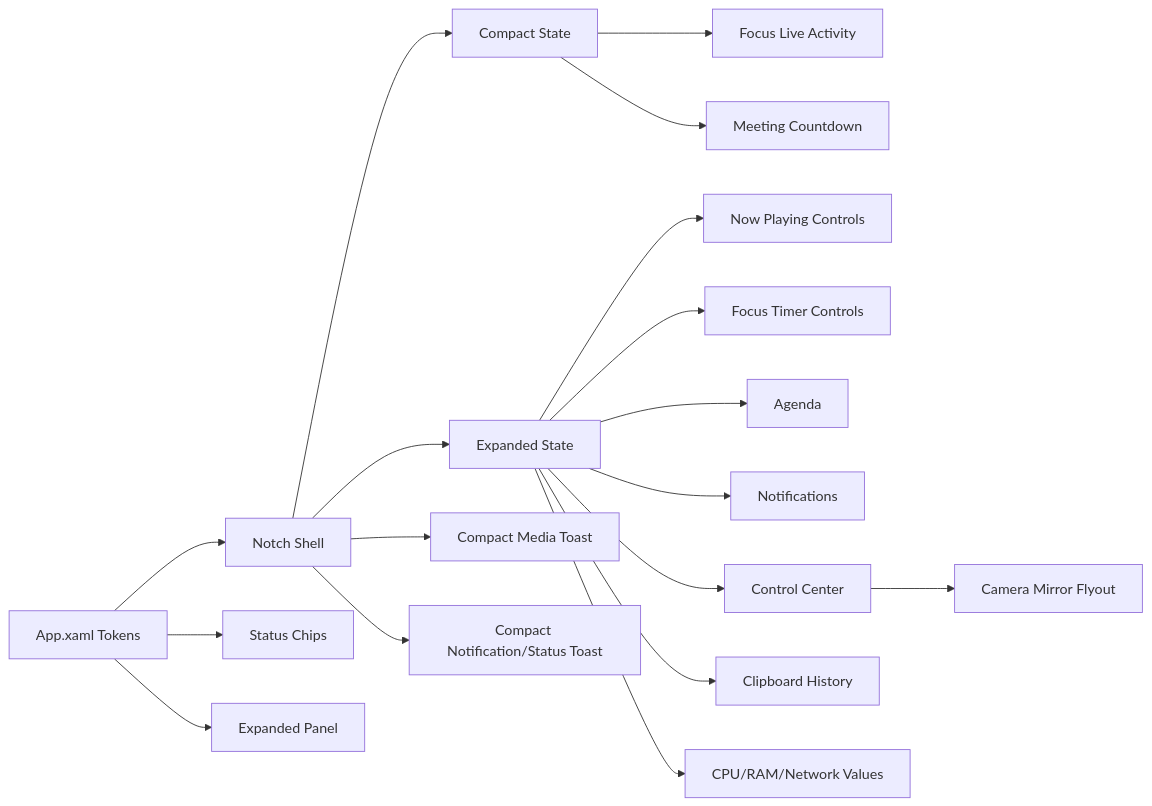
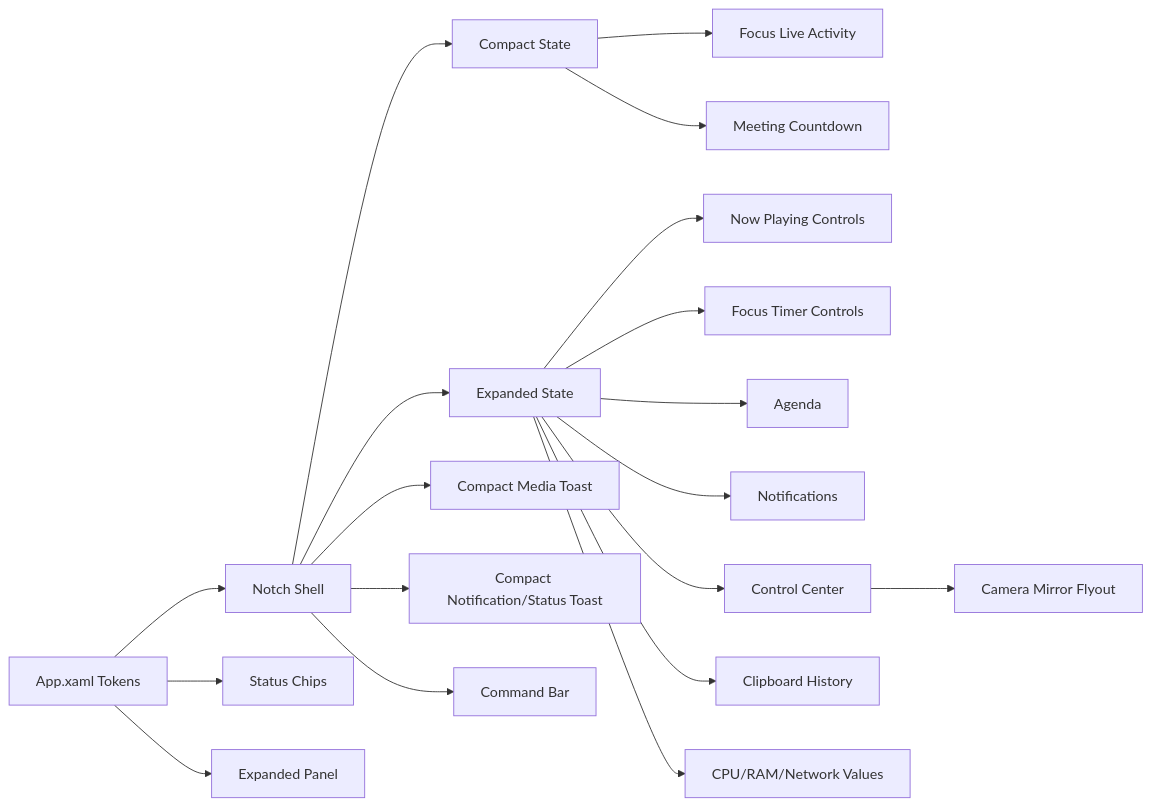
The second of 2 diagrams in docs/architecture.md (yappologistic/winotch), drawn with Mermaid before and after one commit. The commit also changed other lines of this file and 25 other files, not shown here.

First line of the commit message:
Add Command Bar feature (hotkey command surface in the notch)

````diff
--- a/docs/architecture.md
+++ b/docs/architecture.md
@@ -47,20 +47,21 @@
 ```mermaid
 flowchart LR
     Tokens["App.xaml Tokens"] --> Shell["Notch Shell"]
     Tokens --> Chips["Status Chips"]
     Tokens --> Panel["Expanded Panel"]
     Shell --> Compact["Compact State"]
     Shell --> Expanded["Expanded State"]
     Expanded --> Media["Now Playing Controls"]
     Expanded --> FocusPanel["Focus Timer Controls"]
     Expanded --> Agenda["Agenda"]
     Compact --> FocusLive["Focus Live Activity"]
     Compact --> CalendarLive["Meeting Countdown"]
     Shell --> MediaToast["Compact Media Toast"]
     Shell --> NotificationToast["Compact Notification/Status Toast"]
+    Shell --> CommandBar["Command Bar"]
     Expanded --> Notifications["Notifications"]
     Expanded --> Controls["Control Center"]
     Expanded --> Clipboard["Clipboard History"]
     Expanded --> Stats["CPU/RAM/Network Values"]
     Controls --> CameraMirror["Camera Mirror Flyout"]
 ```
````
